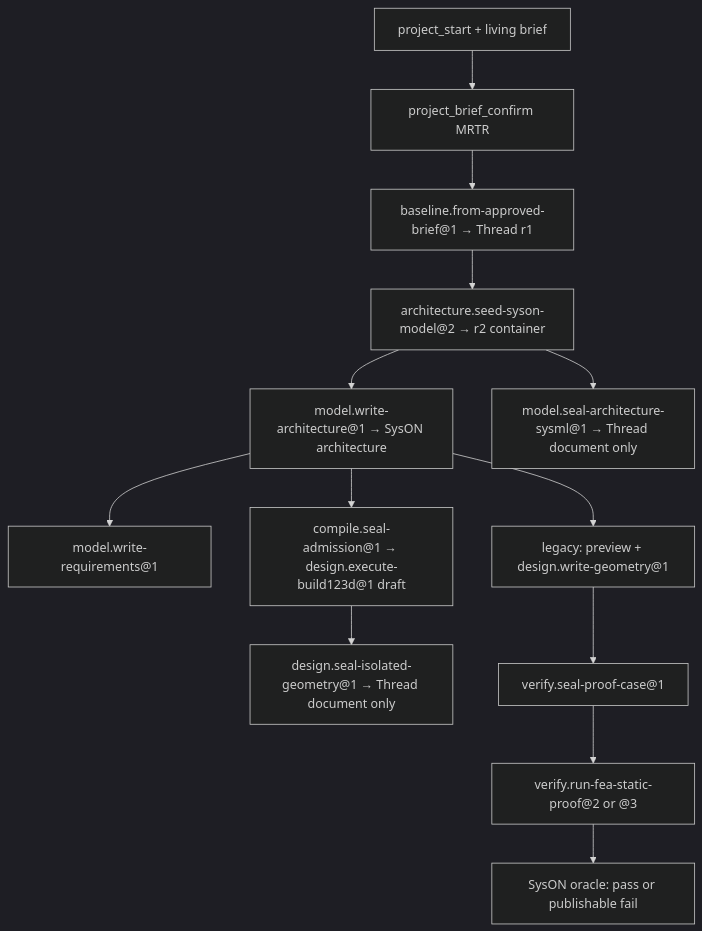
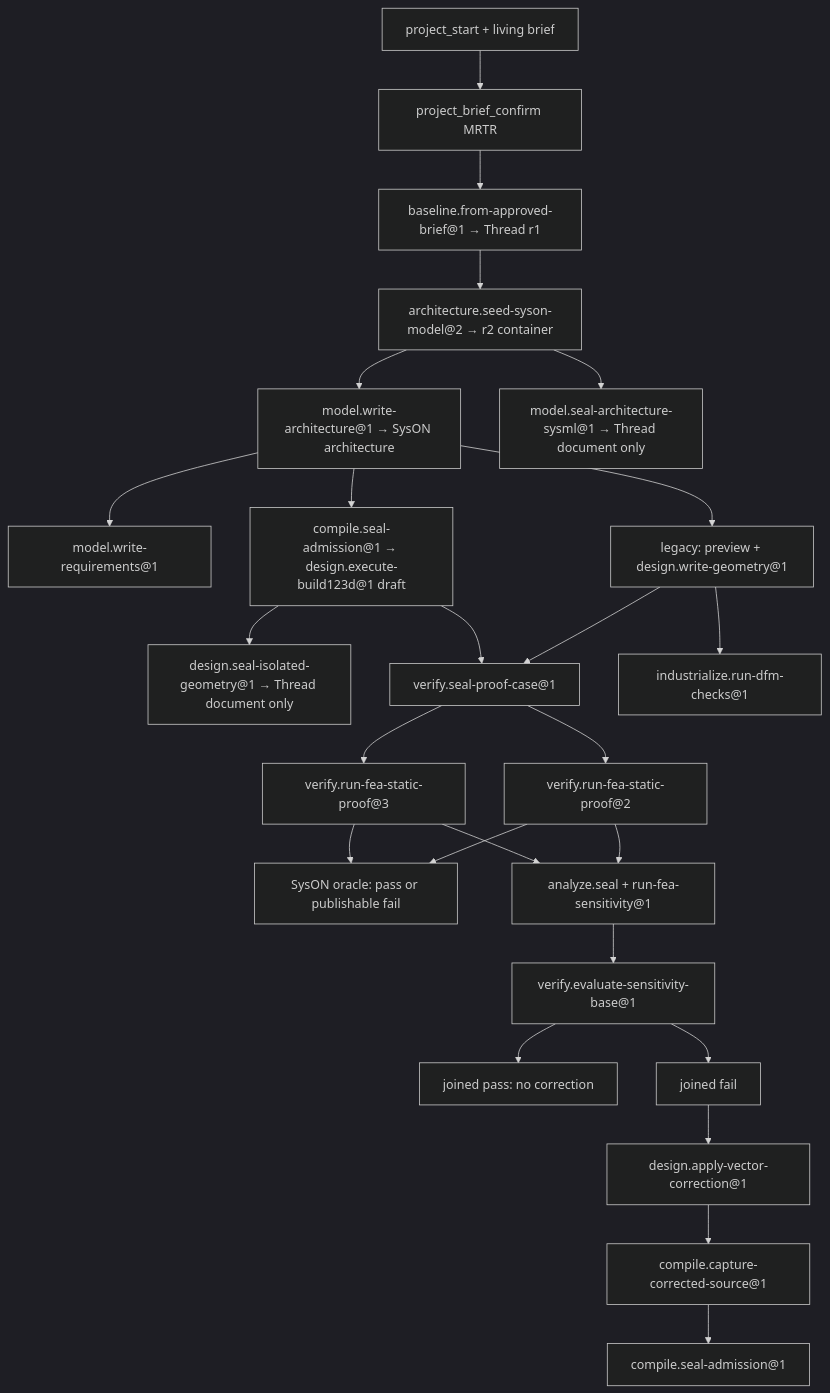
Before and after one commit to Casys-AI/casys-digital-thread: the second of 2 diagrams in docs/reference/agent-workspace.md, drawn with Mermaid (dark theme). The commit also changed other lines of this file and 54 other files, not shown here.

First line of the commit message:
feat: join study-base evaluations and capture corrected source

````diff
--- a/docs/reference/agent-workspace.md
+++ b/docs/reference/agent-workspace.md
@@ -303,15 +314,27 @@
 ```mermaid
 flowchart TD
   intent["project_start + living brief"] --> confirm["project_brief_confirm MRTR"]
   confirm --> r1["baseline.from-approved-brief@1 → Thread r1"]
   r1 --> seed["architecture.seed-syson-model@2 → r2 container"]
   seed --> arch["model.write-architecture@1 → SysON architecture"]
   seed --> sealSysml["model.seal-architecture-sysml@1 → Thread document only"]
   arch --> req["model.write-requirements@1"]
   arch --> geomA["legacy: preview + design.write-geometry@1"]
   arch --> geomB["compile.seal-admission@1 → design.execute-build123d@1 draft"]
   geomB --> sealGeom["design.seal-isolated-geometry@1 → Thread document only"]
   geomA --> proof["verify.seal-proof-case@1"]
-  proof --> fea["verify.run-fea-static-proof@2 or @3"]
-  fea --> verdict["SysON oracle: pass or publishable fail"]
+  geomB --> proof
+  proof --> fea2["verify.run-fea-static-proof@2"]
+  proof --> fea3["verify.run-fea-static-proof@3"]
+  fea2 --> verdict["SysON oracle: pass or publishable fail"]
+  fea3 --> verdict
+  fea2 --> sens["analyze.seal + run-fea-sensitivity@1"]
+  fea3 --> sens
+  sens --> join["verify.evaluate-sensitivity-base@1"]
+  join --> passNode["joined pass: no correction"]
+  join --> failNode["joined fail"]
+  failNode --> corr["design.apply-vector-correction@1"]
+  corr --> zsrc["compile.capture-corrected-source@1"]
+  zsrc --> reseal["compile.seal-admission@1"]
+  geomA --> dfm["industrialize.run-dfm-checks@1"]
 ```
````
